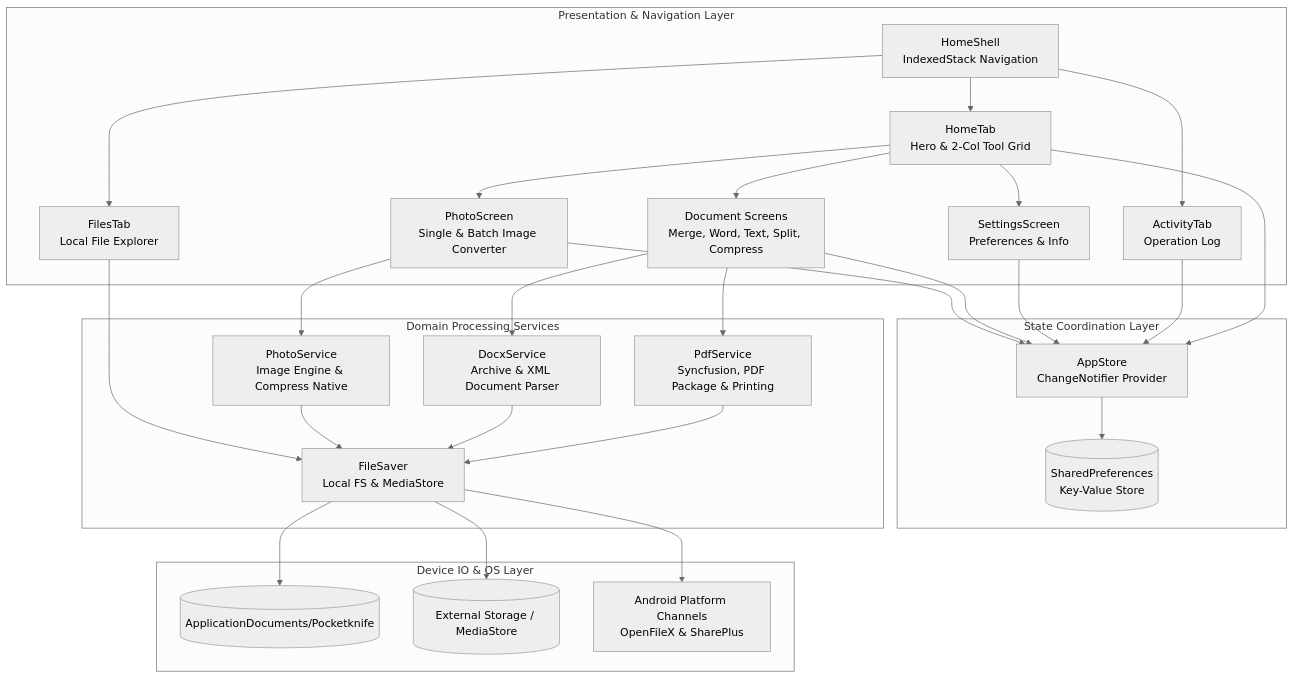
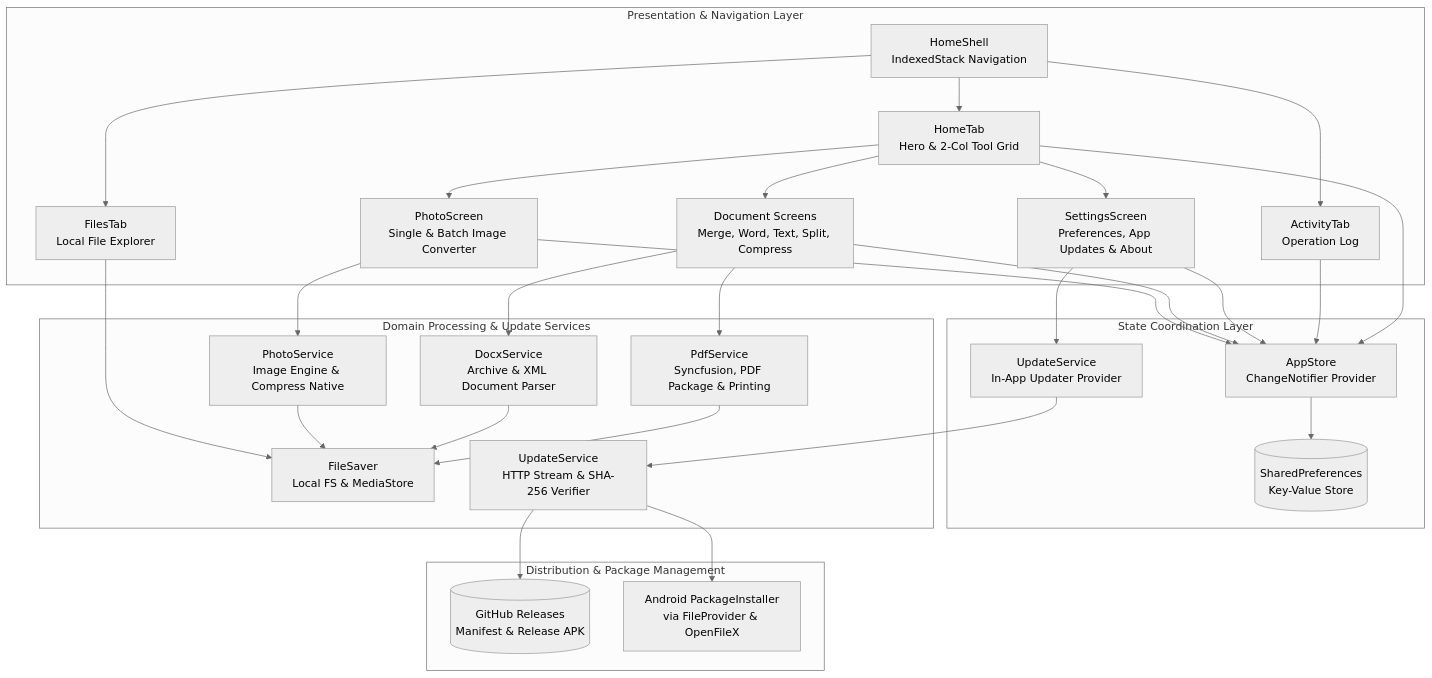
Before and after one commit to shadowmodex/pocketknife: the diagram in docs/architecture/ARCHITECTURE.md, drawn with Mermaid (neutral theme). The commit also changed other lines of this file and 18 other files, not shown here.

Commit message:
feat: complete UI redesign, file tools, in-app update system, and automated CI/CD release workflow

````diff
--- a/docs/architecture/ARCHITECTURE.md
+++ b/docs/architecture/ARCHITECTURE.md
@@ -23,57 +23,59 @@
 ```mermaid
 graph TB
     subgraph UI_Layer ["Presentation & Navigation Layer"]
         Shell[HomeShell\nIndexedStack Navigation]
         HomeTab[HomeTab\nHero & 2-Col Tool Grid]
         FilesTab[FilesTab\nLocal File Explorer]
         HistoryTab[ActivityTab\nOperation Log]
-        SettingsScreen[SettingsScreen\nPreferences & Info]
+        SettingsScreen[SettingsScreen\nPreferences, App Updates & About]
         DocScreens[Document Screens\nMerge, Word, Text, Split, Compress]
         PhotoScreen[PhotoScreen\nSingle & Batch Image Converter]
     end
 
     subgraph State_Layer ["State Coordination Layer"]
         Store[AppStore\nChangeNotifier Provider]
+        Update[UpdateService\nIn-App Updater Provider]
         Prefs[(SharedPreferences\nKey-Value Store)]
     end
 
-    subgraph Service_Layer ["Domain Processing Services"]
+    subgraph Service_Layer ["Domain Processing & Update Services"]
         PDF[PdfService\nSyncfusion, PDF Package & Printing]
         DOCX[DocxService\nArchive & XML Document Parser]
         PHOTO[PhotoService\nImage Engine & Compress Native]
         SAVER[FileSaver\nLocal FS & MediaStore]
+        UPDATER[UpdateService\nHTTP Stream & SHA-256 Verifier]
     end
 
-    subgraph IO_Layer ["Device IO & OS Layer"]
-        AppDocDir[(ApplicationDocuments/Pocketknife)]
-        MediaStore[(External Storage / MediaStore)]
-        SystemInt[Android Platform Channels\nOpenFileX & SharePlus]
+    subgraph External_Distribution ["Distribution & Package Management"]
+        GH[(GitHub Releases\nManifest & Release APK)]
+        Installer[Android PackageInstaller\nvia FileProvider & OpenFileX]
     end
 
     Shell --> HomeTab
     Shell --> FilesTab
     Shell --> HistoryTab
     HomeTab --> SettingsScreen
     HomeTab --> DocScreens
     HomeTab --> PhotoScreen
 
     HomeTab --> Store
     HistoryTab --> Store
     SettingsScreen --> Store
+    SettingsScreen --> Update
     DocScreens --> Store
     PhotoScreen --> Store
     Store --> Prefs
 
     DocScreens --> PDF
     DocScreens --> DOCX
     PhotoScreen --> PHOTO
 
     PDF --> SAVER
     DOCX --> SAVER
     PHOTO --> SAVER
     FilesTab --> SAVER
 
-    SAVER --> AppDocDir
-    SAVER --> MediaStore
-    SAVER --> SystemInt
+    Update --> UPDATER
+    UPDATER --> GH
+    UPDATER --> Installer
 ```
````
